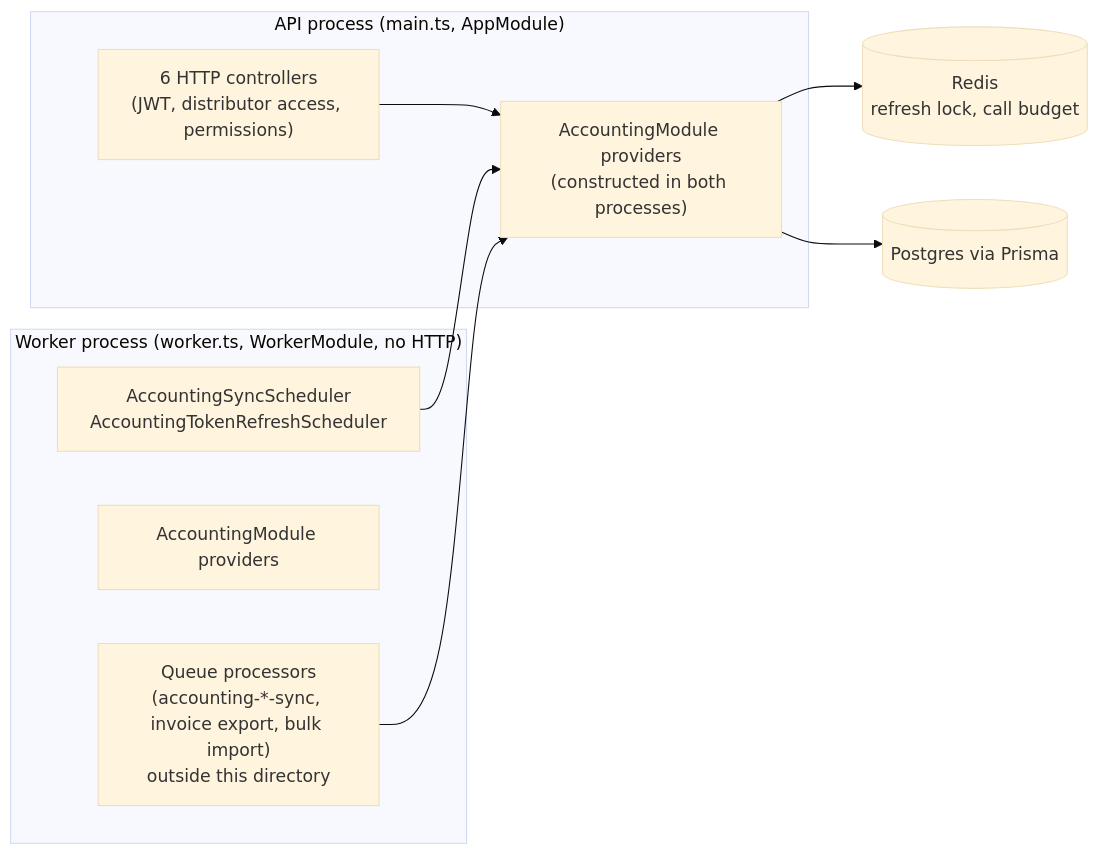
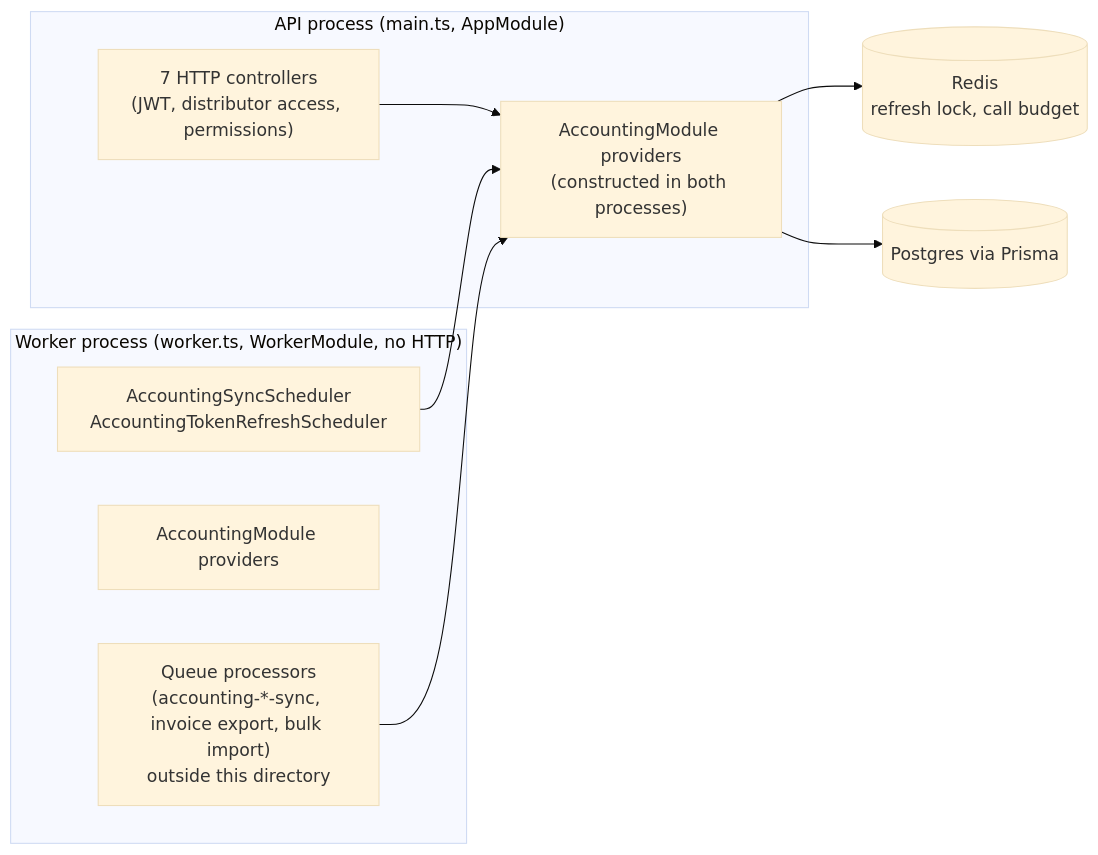
One commit to listentorick/wholo changed the first of 4 diagrams in docs/architecture/code/c4-code-accounting.md. Above: the diagram before and after it, drawn with Mermaid (base theme). The commit also changed other lines of this file and 41 other files, not shown here.

````diff
--- a/docs/architecture/code/c4-code-accounting.md
+++ b/docs/architecture/code/c4-code-accounting.md
@@ -512,17 +553,17 @@
 ```mermaid
 flowchart LR
     subgraph API["API process (main.ts, AppModule)"]
-        HTTP["6 HTTP controllers<br/>(JWT, distributor access, permissions)"]
+        HTTP["7 HTTP controllers<br/>(JWT, distributor access, permissions)"]
         AMOD["AccountingModule providers<br/>(constructed in both processes)"]
     end
     subgraph WORKER["Worker process (worker.ts, WorkerModule, no HTTP)"]
         SCHED["AccountingSyncScheduler<br/>AccountingTokenRefreshScheduler"]
         WMOD["AccountingModule providers"]
         PROC["Queue processors<br/>(accounting-*-sync, invoice export, bulk import)<br/>outside this directory"]
     end
     HTTP --> AMOD
     SCHED --> AMOD
     PROC --> AMOD
     AMOD --> REDIS[("Redis<br/>refresh lock, call budget")]
     AMOD --> PG[("Postgres via Prisma")]
 ```
````
